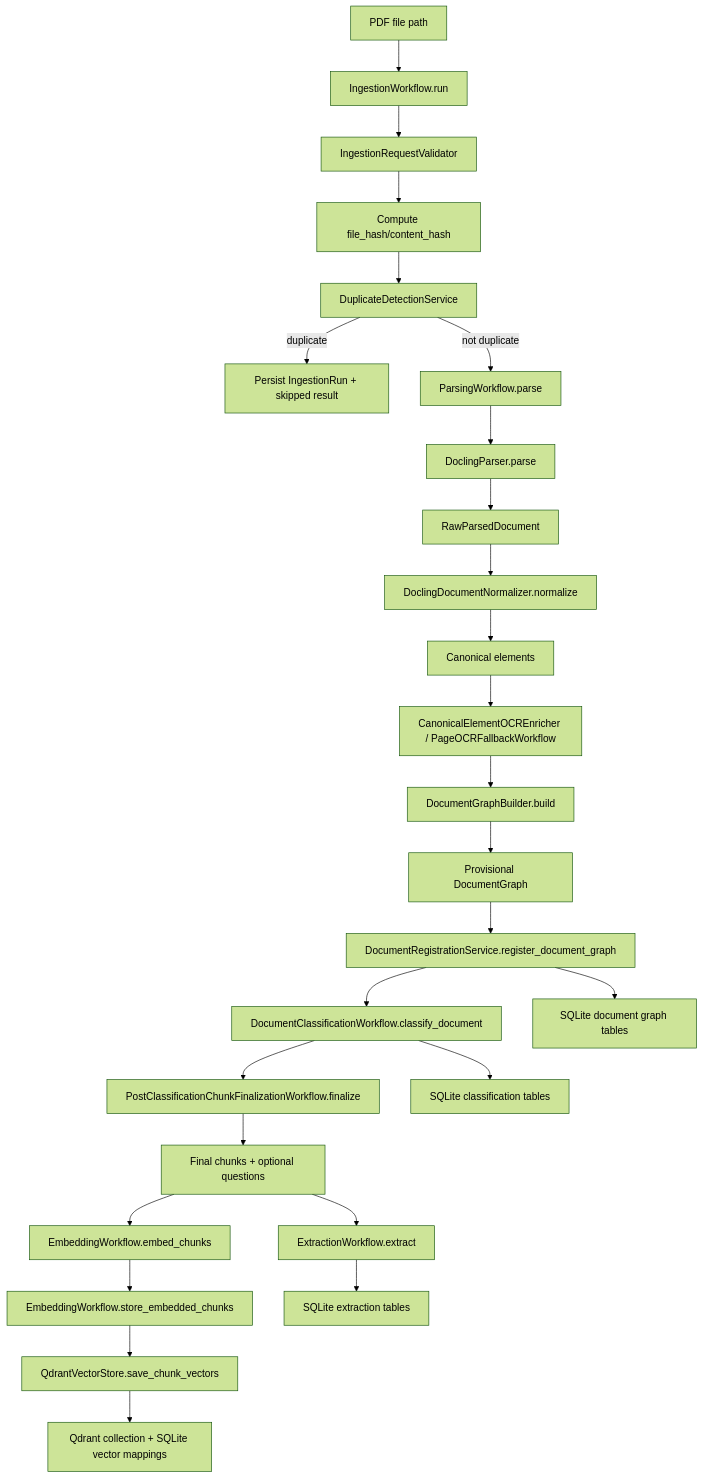
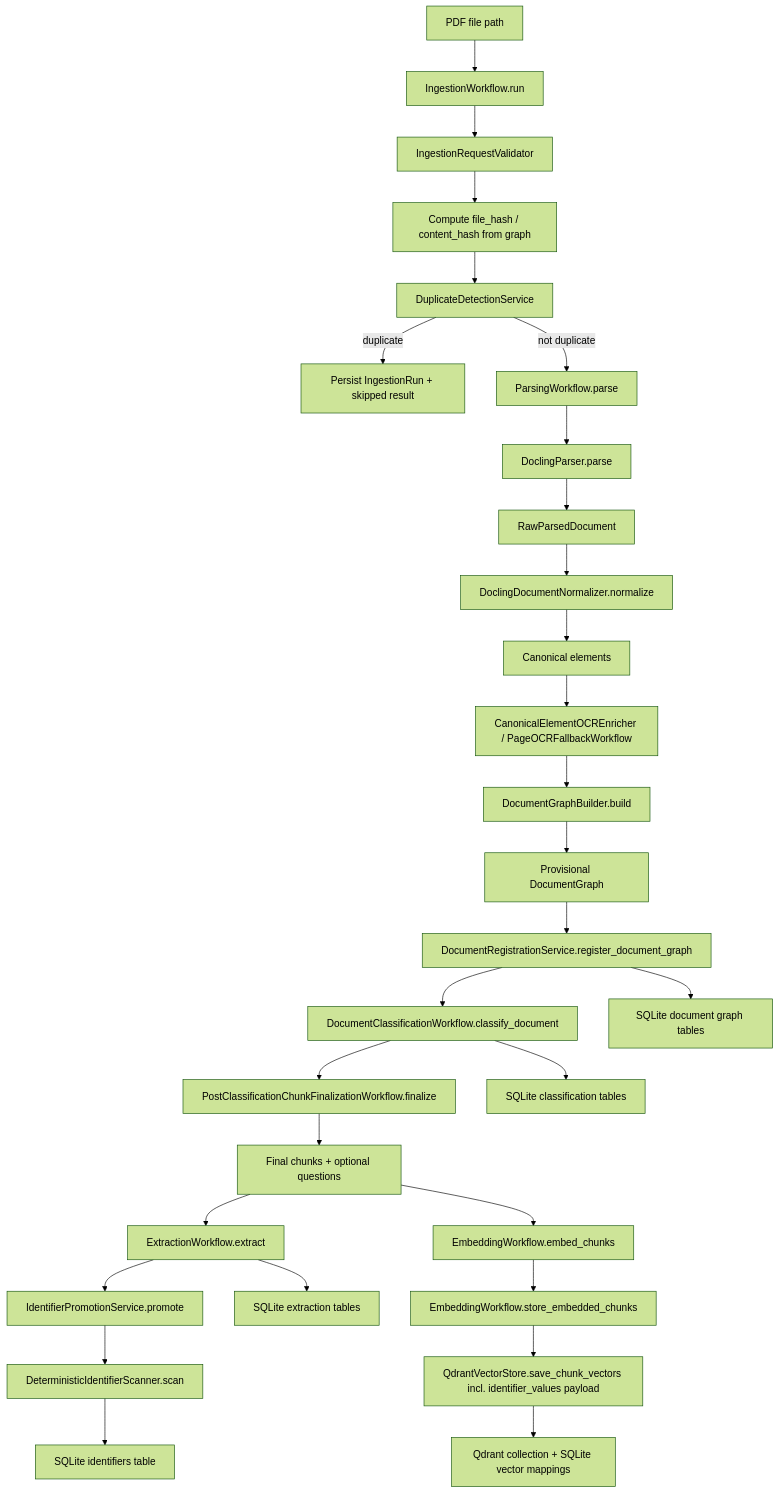
One commit to Ashu-NT/document-ai-assistant changed the first of 4 diagrams in outputs/architecture/current_agent_flow_report.md. Above: the diagram before and after it, drawn with Mermaid (forest theme). The commit also changed other lines of this file, not shown here.

````diff
--- a/outputs/architecture/current_agent_flow_report.md
+++ b/outputs/architecture/current_agent_flow_report.md
@@ -1512,28 +1729,31 @@
 ```mermaid
 flowchart TD
     A[PDF file path] --> B[IngestionWorkflow.run]
     B --> C[IngestionRequestValidator]
-    C --> D[Compute file_hash/content_hash]
+    C --> D[Compute file_hash / content_hash from graph]
     D --> E[DuplicateDetectionService]
     E -->|duplicate| F[Persist IngestionRun + skipped result]
     E -->|not duplicate| G[ParsingWorkflow.parse]
     G --> H[DoclingParser.parse]
     H --> I[RawParsedDocument]
     I --> J[DoclingDocumentNormalizer.normalize]
     J --> K[Canonical elements]
     K --> L[CanonicalElementOCREnricher / PageOCRFallbackWorkflow]
     L --> M[DocumentGraphBuilder.build]
     M --> N[Provisional DocumentGraph]
     N --> O[DocumentRegistrationService.register_document_graph]
     O --> P[DocumentClassificationWorkflow.classify_document]
     P --> Q[PostClassificationChunkFinalizationWorkflow.finalize]
     Q --> R[Final chunks + optional questions]
     R --> S[ExtractionWorkflow.extract]
+    S --> S1[IdentifierPromotionService.promote]
+    S1 --> S2[DeterministicIdentifierScanner.scan]
     R --> T[EmbeddingWorkflow.embed_chunks]
     T --> U[EmbeddingWorkflow.store_embedded_chunks]
-    U --> V[QdrantVectorStore.save_chunk_vectors]
+    U --> V[QdrantVectorStore.save_chunk_vectors incl. identifier_values payload]
     O --> W[SQLite document graph tables]
     P --> X[SQLite classification tables]
     S --> Y[SQLite extraction tables]
+    S2 --> Y1[SQLite identifiers table]
     V --> Z[Qdrant collection + SQLite vector mappings]
 ```
````
